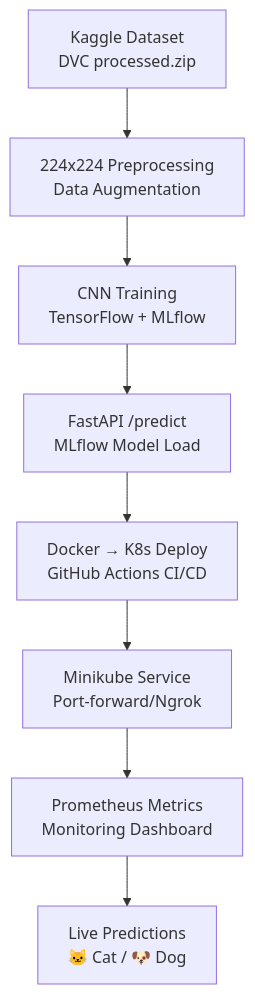
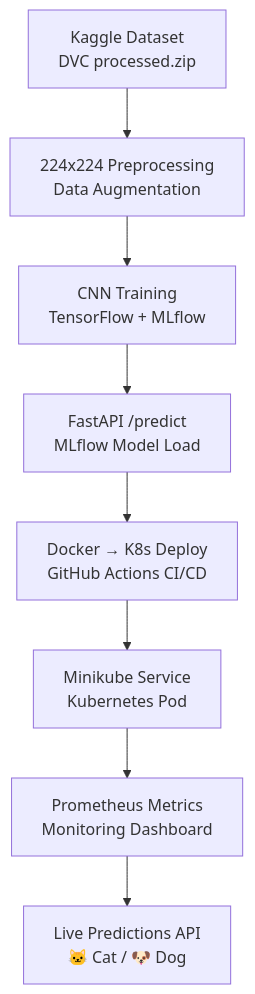
One commit to 2024aa05152-collab/mlops-cats-dogs changed the diagram in README.md. Above: the diagram before and after it, drawn with Mermaid. The commit also changed other lines of this file, not shown here.

Commit message:
Update project overview and architecture in README

````diff
--- a/README.md
+++ b/README.md
@@ -31,10 +31,10 @@
 ```mermaid
 graph TD
     A[Kaggle Dataset<br/>DVC processed.zip] --> B[224x224 Preprocessing<br/>Data Augmentation]
     B --> C[CNN Training<br/>TensorFlow + MLflow]
     C --> D[FastAPI /predict<br/>MLflow Model Load]
     D --> E[Docker → K8s Deploy<br/>GitHub Actions CI/CD]
-    E --> F[Minikube Service<br/>Port-forward/Ngrok]
+    E --> F[Minikube Service<br/>Kubernetes Pod]
     F --> G[Prometheus Metrics<br/>Monitoring Dashboard]
-    G --> H[Live Predictions<br/>🐱 Cat / 🐶 Dog]
+    G --> H[Live Predictions API<br/>🐱 Cat / 🐶 Dog]
 ```
````
